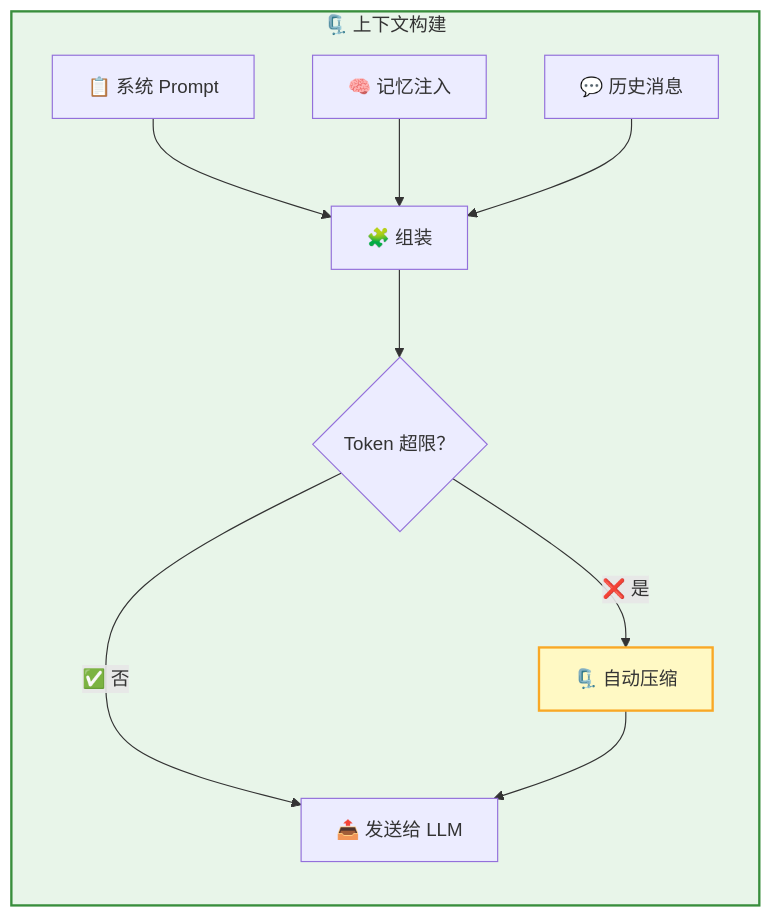
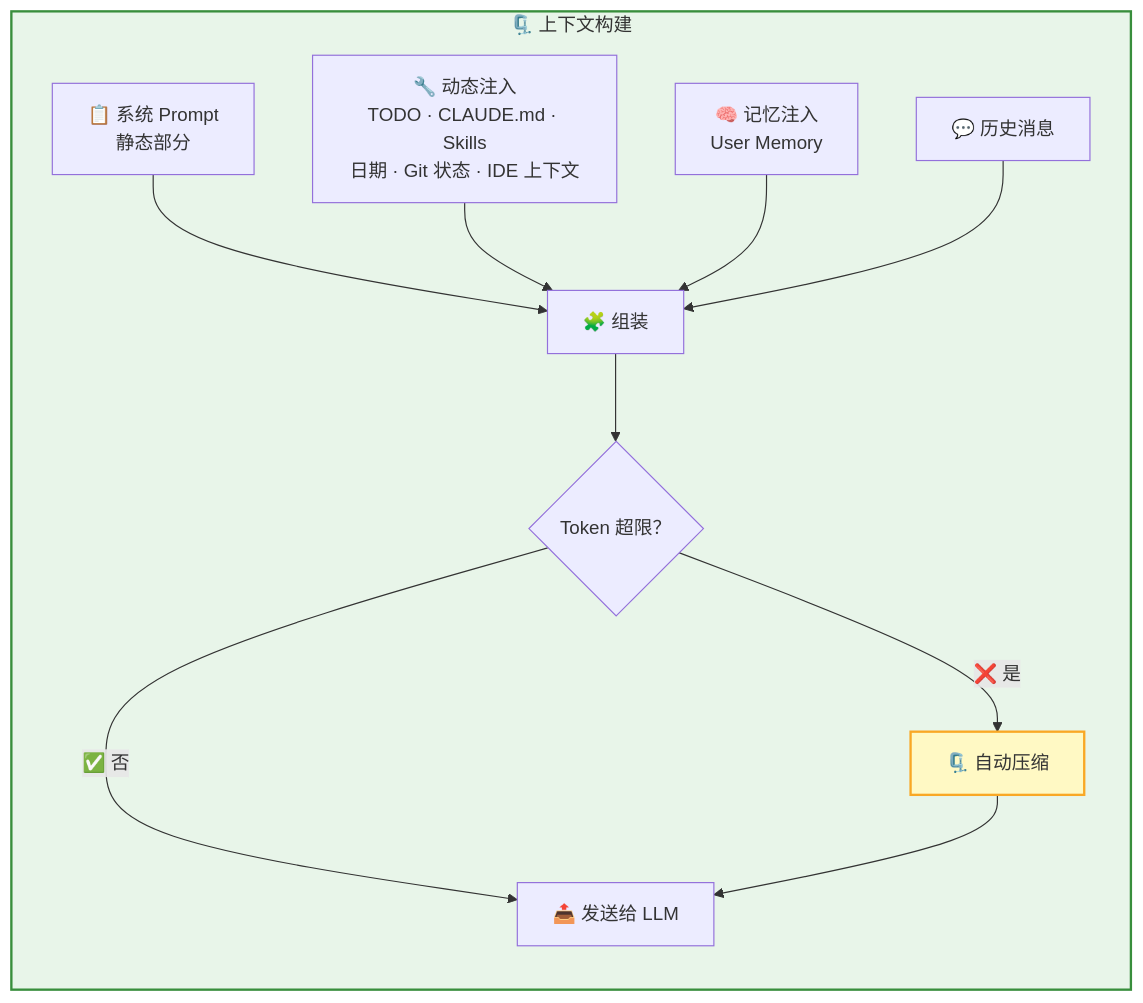
Before and after one commit to rtc-agent/docs: the sixth of 11 diagrams in src/content/docs/architecture/backend.md, drawn with Mermaid. The commit also changed other lines of this file and 60 other files, not shown here.

First line of the commit message:
docs(site): refresh documentation with new sections and improved diagrams

````diff
--- a/src/content/docs/architecture/backend.md
+++ b/src/content/docs/architecture/backend.md
@@ -134,16 +175,17 @@
 ```mermaid
 flowchart LR
     subgraph CTX_FLOW["🗜️ 上下文构建"]
         direction TB
-        A["📋 系统 Prompt"] --> D["🧩 组装"]
-        B["🧠 记忆注入"] --> D
-        C["💬 历史消息"] --> D
-        D --> E{"Token 超限？"}
-        E -->|"✅ 否"| F["📤 发送给 LLM"]
-        E -->|"❌ 是"| G["🗜️ 自动压缩"]
-        G --> F
+        A["📋 系统 Prompt<br/>静态部分"] --> D["🧩 组装"]
+        B["🔧 动态注入<br/>TODO · CLAUDE.md · Skills<br/>日期 · Git 状态 · IDE 上下文"] --> D
+        C["🧠 记忆注入<br/>User Memory"] --> D
+        E["💬 历史消息"] --> D
+        D --> F{"Token 超限？"}
+        F -->|"✅ 否"| G["📤 发送给 LLM"]
+        F -->|"❌ 是"| H["🗜️ 自动压缩"]
+        H --> G
     end
 
     style CTX_FLOW fill:#e8f5e9,stroke:#388e3c,stroke-width:2px
-    style G fill:#fff9c4,stroke:#f9a825,stroke-width:2px
+    style H fill:#fff9c4,stroke:#f9a825,stroke-width:2px
 ```
````
